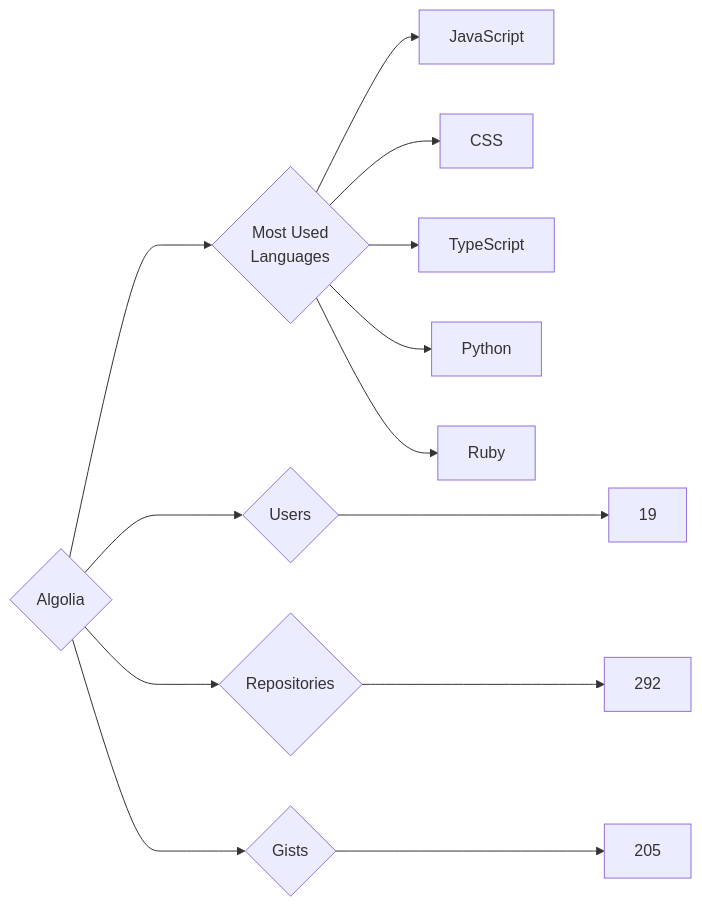
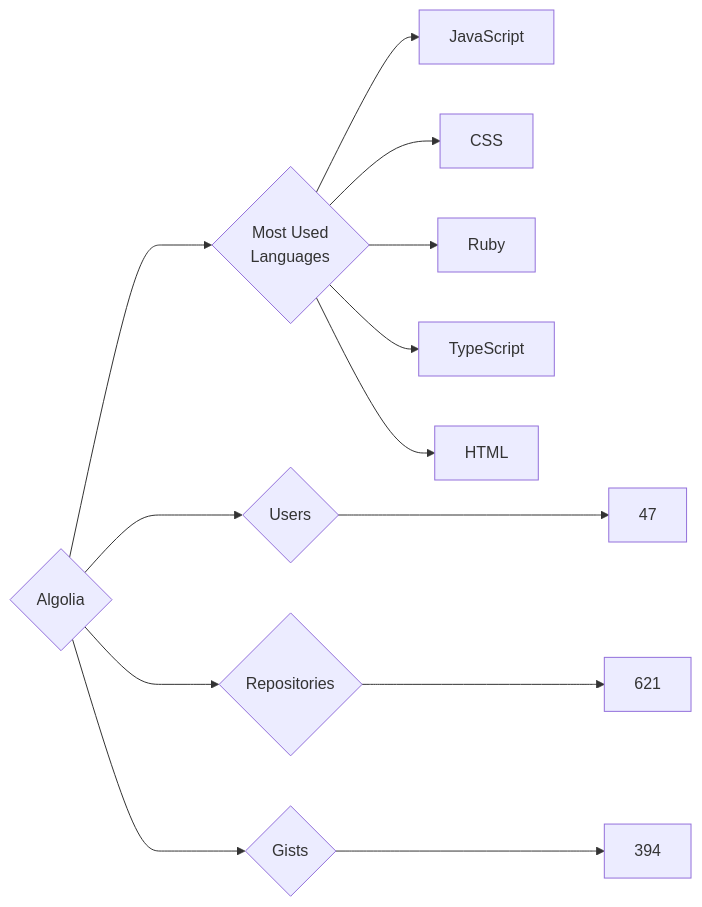
The diagram in targets/Algolia/README.md (trickest/insiders), drawn with Mermaid before and after one commit. The commit also changed 782 other files, not shown here.

````diff
--- a/targets/Algolia/README.md
+++ b/targets/Algolia/README.md
@@ -3,13 +3,13 @@
 ```mermaid
 graph LR
 COMPANY_NAME{Algolia}
-COMPANY_NAME ---> U{Users} ---> UN[19]
-COMPANY_NAME ---> R{Repositories} ---> RN[292]
-COMPANY_NAME ---> G{Gists} ---> GN[205]
+COMPANY_NAME ---> U{Users} ---> UN[47]
+COMPANY_NAME ---> R{Repositories} ---> RN[621]
+COMPANY_NAME ---> G{Gists} ---> GN[394]
 COMPANY_NAME ---> ML{Most Used<br>Languages}
 ML --> JavaScript[JavaScript]
 ML --> CSS[CSS]
+ML --> Ruby[Ruby]
 ML --> TypeScript[TypeScript]
-ML --> Python[Python]
-ML --> Ruby[Ruby]
+ML --> HTML[HTML]
 ```
````
